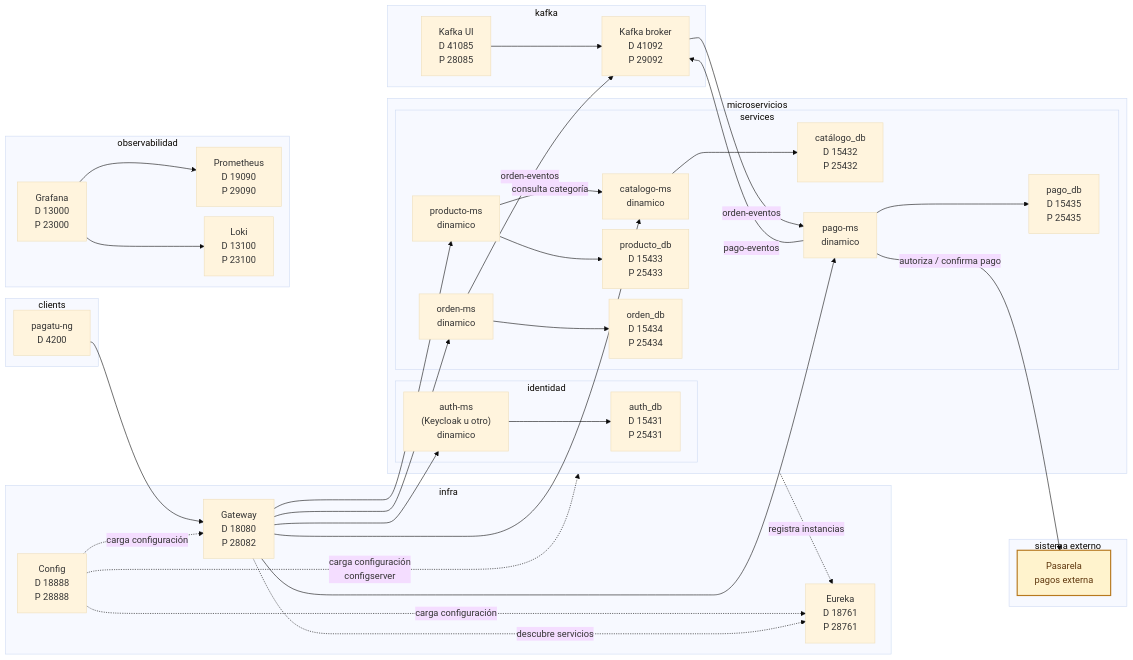
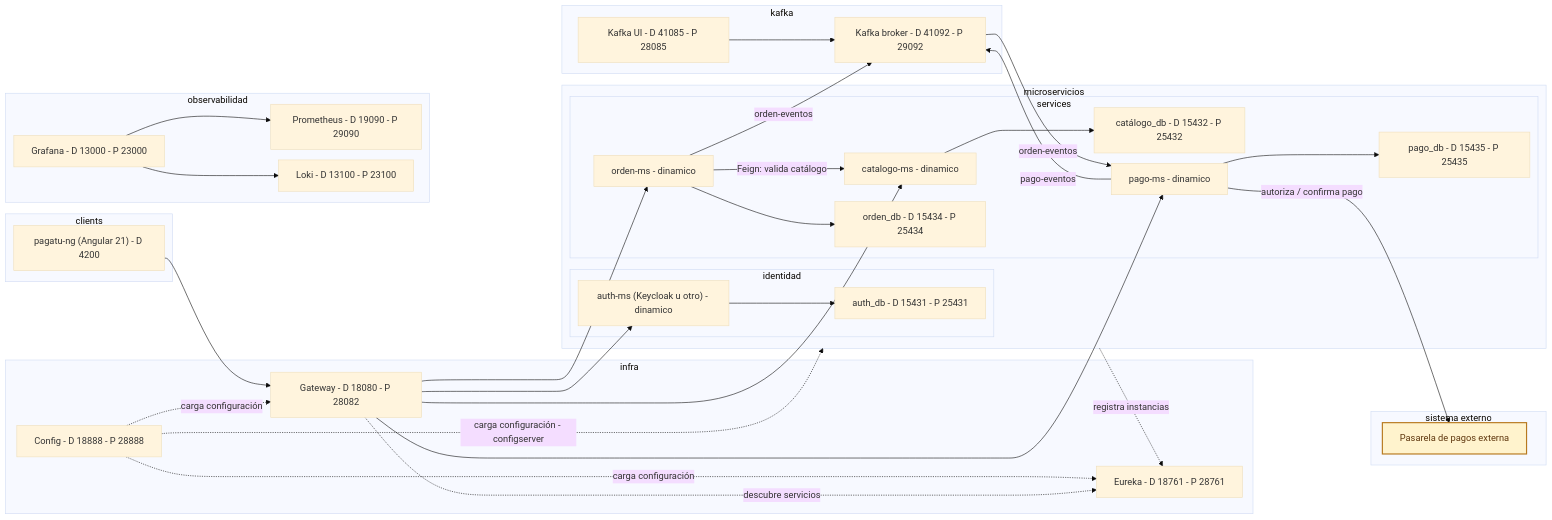
One commit to 262dist/pagatu changed the diagram in docs/index.md. Above: the diagram before and after it, drawn with Mermaid (base theme). The commit also changed other lines of this file and 3 other files, not shown here.

````diff
--- a/docs/index.md
+++ b/docs/index.md
@@ -68,80 +68,76 @@
 ```mermaid
 %%{init: {"flowchart": {"nodeSpacing": 18, "rankSpacing": 28, "curve": "basis"}} }%%
 flowchart LR
     subgraph Infra["infra"]
-        Config["Config<br/>D 18888<br/>P 28888"]
-        Eureka["Eureka<br/>D 18761<br/>P 28761"]
-        Gateway["Gateway<br/>D 18080<br/>P 28082"]
+        Config["Config - D 18888 - P 28888"]
+        Eureka["Eureka - D 18761 - P 28761"]
+        Gateway["Gateway - D 18080 - P 28082"]
     end
 
     subgraph Runtime["microservicios"]
         subgraph Identity["identidad"]
-            Auth["auth-ms<br/>(Keycloak u otro)<br/>dinamico"]
-            AuthDB["auth_db<br/>D 15431<br/>P 25431"]
+            Auth["auth-ms (Keycloak u otro) - dinamico"]
+            AuthDB["auth_db - D 15431 - P 25431"]
             Auth --> AuthDB
         end
 
         subgraph Services["services"]
-            Catalogo["catalogo-ms<br/>dinamico"]
-            CatalogoDB["catálogo_db<br/>D 15432<br/>P 25432"]
-            Producto["producto-ms<br/>dinamico"]
-            ProductoDB["producto_db<br/>D 15433<br/>P 25433"]
-            Orden["orden-ms<br/>dinamico"]
-            OrdenDB["orden_db<br/>D 15434<br/>P 25434"]
-            Pago["pago-ms<br/>dinamico"]
-            PagoDB["pago_db<br/>D 15435<br/>P 25435"]
+            Catalogo["catalogo-ms - dinamico"]
+            CatalogoDB["catálogo_db - D 15432 - P 25432"]
+            Orden["orden-ms - dinamico"]
+            OrdenDB["orden_db - D 15434 - P 25434"]
+            Pago["pago-ms - dinamico"]
+            PagoDB["pago_db - D 15435 - P 25435"]
 
             Catalogo --> CatalogoDB
-            Producto --> ProductoDB
             Orden --> OrdenDB
             Pago --> PagoDB
-            Producto -->|"consulta categoría"| Catalogo
+            Orden -->|"Feign: valida catálogo"| Catalogo
         end
     end
 
     subgraph Messaging["kafka"]
-        Broker["Kafka broker<br/>D 41092<br/>P 29092"]
-        KafkaUI["Kafka UI<br/>D 41085<br/>P 28085"]
+        Broker["Kafka broker - D 41092 - P 29092"]
+        KafkaUI["Kafka UI - D 41085 - P 28085"]
         KafkaUI --> Broker
     end
 
     subgraph External["sistema externo"]
-        PaymentGateway["Pasarela<br/>pagos externa"]
+        PaymentGateway["Pasarela de pagos externa"]
     end
 
     Angular --> Gateway
     Gateway --> Auth
     Gateway --> Catalogo
-    Gateway --> Producto
     Gateway --> Orden
     Gateway --> Pago
 
     Config -. "carga configuración" .-> Eureka
     Config -. "carga configuración" .-> Gateway
-    Config -. "carga configuración<br/>configserver" .-> Runtime
+    Config -. "carga configuración - configserver" .-> Runtime
     Runtime -. "registra instancias" .-> Eureka
     Gateway -. "descubre servicios" .-> Eureka
 
     Orden -->|"orden-eventos"| Broker
     Broker -->|"orden-eventos"| Pago
     Pago -->|"pago-eventos"| Broker
     Pago -->|"autoriza / confirma pago"| PaymentGateway
 
     classDef external fill:#fff3cd,stroke:#b7791f,stroke-width:2px,color:#5f370e;
     class PaymentGateway external;
 
     subgraph Client["clients"]
-        Angular["pagatu-ng<br/>D 4200"]
+        Angular["pagatu-ng (Angular 21) - D 4200"]
     end
 
     subgraph Obs["observabilidad"]
-        Prometheus["Prometheus<br/>D 19090<br/>P 29090"]
-        Loki["Loki<br/>D 13100<br/>P 23100"]
-        Grafana["Grafana<br/>D 13000<br/>P 23000"]
+        Prometheus["Prometheus - D 19090 - P 29090"]
+        Loki["Loki - D 13100 - P 23100"]
+        Grafana["Grafana - D 13000 - P 23000"]
         Grafana --> Prometheus
         Grafana --> Loki
     end
 
     Angular ~~~ Prometheus
 
 ```
````
